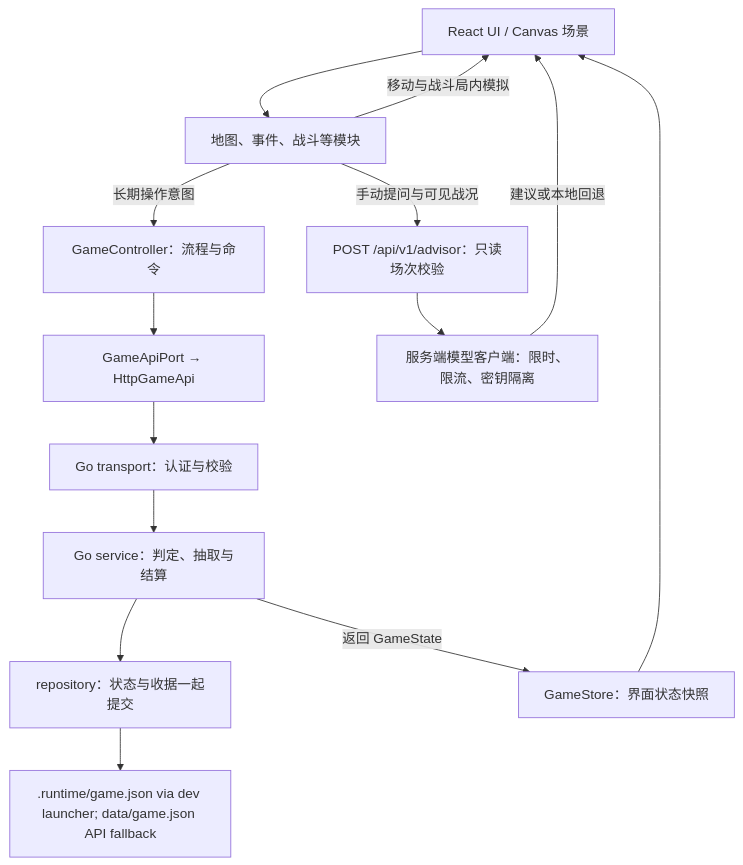
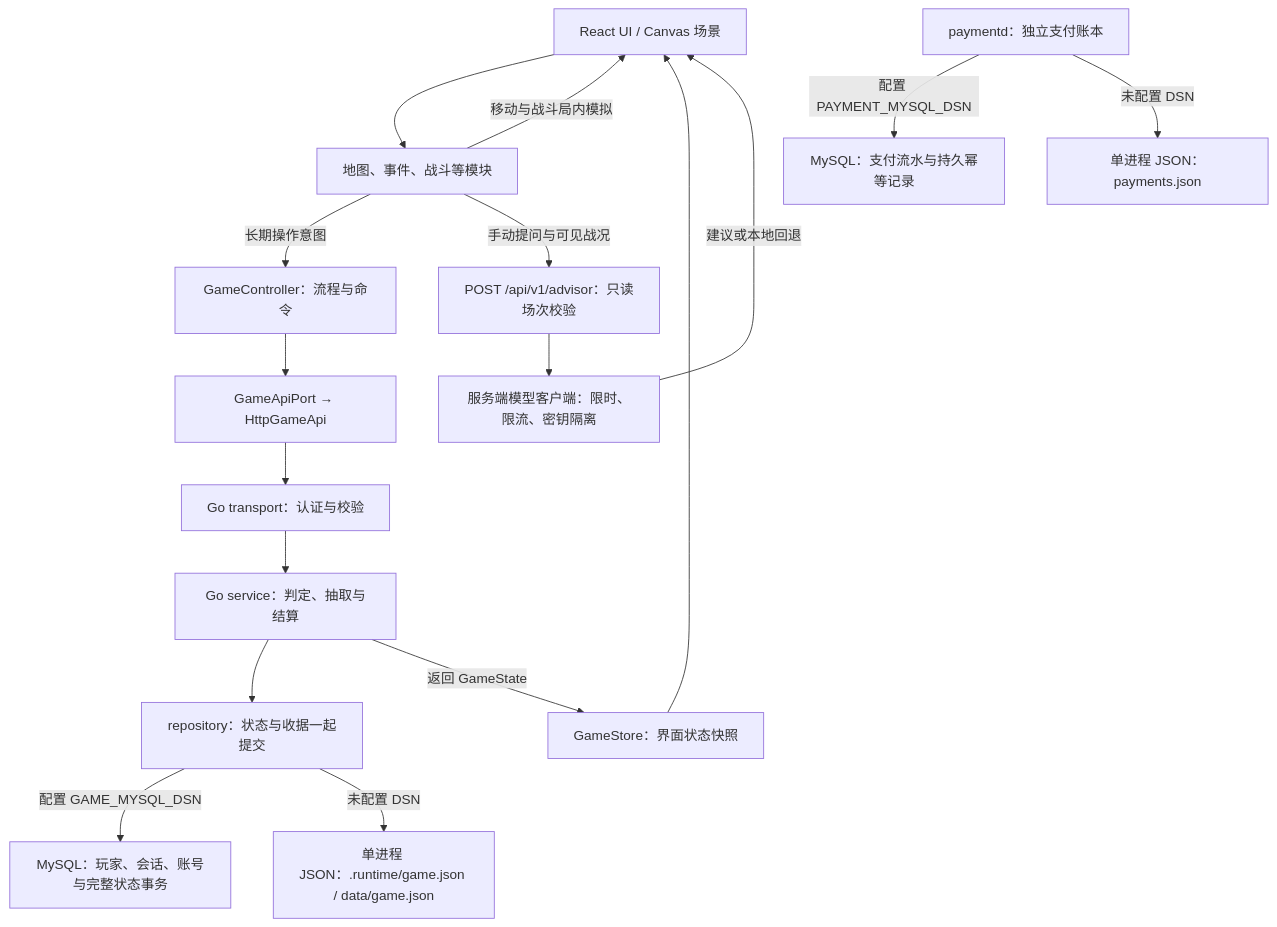
The first of 2 diagrams in docs/ARCHITECTURE.md (2972536029-glitch/stray-kitty), drawn with Mermaid before and after one commit. The commit also changed other lines of this file and 6 other files, not shown here.

Commit message:
fix(db): align release readiness and generated architecture

````diff
--- a/docs/ARCHITECTURE.md
+++ b/docs/ARCHITECTURE.md
@@ -7,16 +7,19 @@
 ```mermaid
 flowchart TD
   View["React UI / Canvas 场景"] --> Module["地图、事件、战斗等模块"]
   Module -->|移动与战斗局内模拟| View
   Module -->|长期操作意图| Controller["GameController：流程与命令"]
   Controller --> HTTP["GameApiPort → HttpGameApi"]
   HTTP --> Transport["Go transport：认证与校验"]
   Transport --> Service["Go service：判定、抽取与结算"]
   Service --> Repository["repository：状态与收据一起提交"]
-  Repository --> Save[".runtime/game.json via dev launcher; data/game.json API fallback"]
+  Repository -->|配置 GAME_MYSQL_DSN| MySQL["MySQL：玩家、会话、账号与完整状态事务"]
+  Repository -->|未配置 DSN| Save["单进程 JSON：.runtime/game.json / data/game.json"]
+  Payment["paymentd：独立支付账本"] -->|配置 PAYMENT_MYSQL_DSN| PaymentDB["MySQL：支付流水与持久幂等记录"]
+  Payment -->|未配置 DSN| PaymentFile["单进程 JSON：payments.json"]
   Service -->|返回 GameState| Store["GameStore：界面状态快照"]
   Store --> View
   Module -->|手动提问与可见战况| Advisor["POST /api/v1/advisor：只读场次校验"]
   Advisor --> Model["服务端模型客户端：限时、限流、密钥隔离"]
   Model -->|建议或本地回退| View
 ```
````
